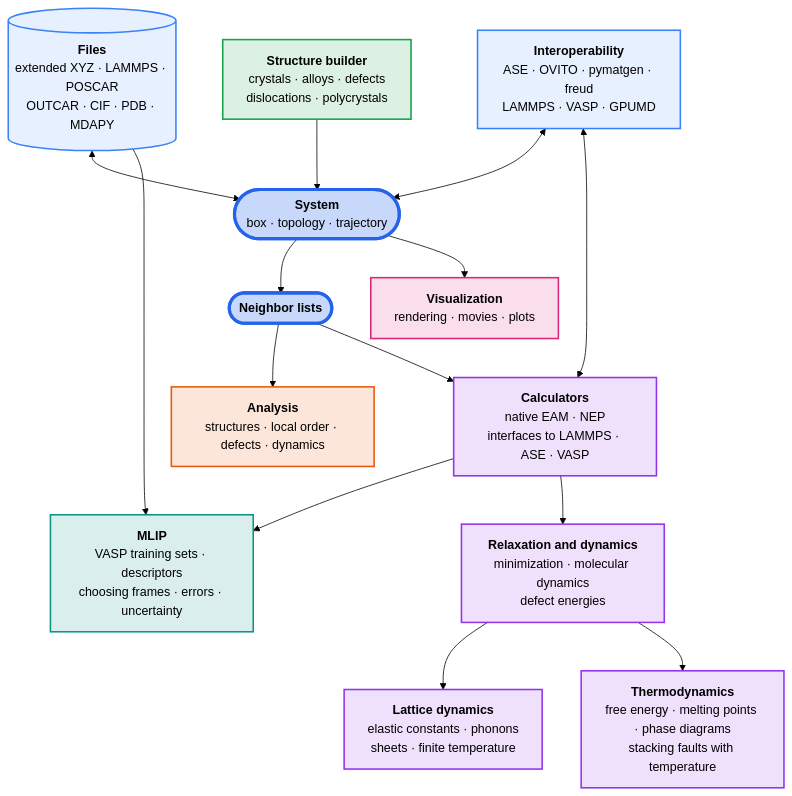
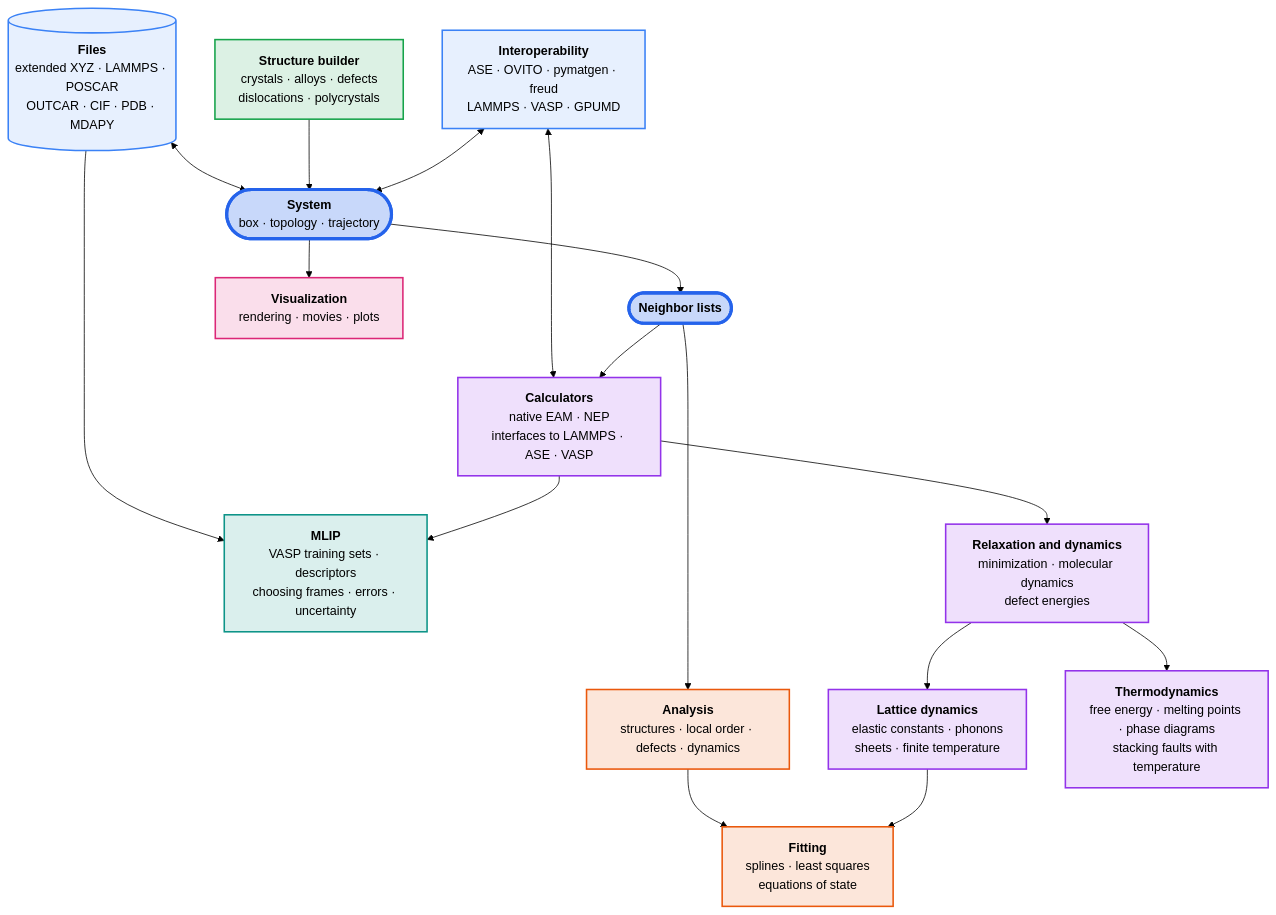
Before and after one commit to mushroomfire/mdapy: the diagram in docs/index.md, drawn with Mermaid (forest theme). The commit also changed 20 other files, not shown here.

Commit message:
mdapy.fitting: cubic splines along a line and on a grid, least-squares polynomials and surfaces, curves fitted by Levenberg-Marquardt with common models, and equations of state

````diff
--- a/docs/index.md
+++ b/docs/index.md
@@ -52,44 +52,47 @@
 ```mermaid
 flowchart TB
     files[("<b>Files</b><br/>extended XYZ · LAMMPS · POSCAR<br/>OUTCAR · CIF · PDB · MDAPY")]
     build["<b>Structure builder</b><br/>crystals · alloys · defects<br/>dislocations · polycrystals"]
     system(["<b>System</b><br/>box · topology · trajectory"])
     neighbors(["<b>Neighbor lists</b>"])
     visual["<b>Visualization</b><br/>rendering · movies · plots"]
     mlip["<b>MLIP</b><br/>VASP training sets · descriptors<br/>choosing frames · errors · uncertainty"]
     analysis["<b>Analysis</b><br/>structures · local order · defects · dynamics"]
     calculators["<b>Calculators</b><br/>native EAM · NEP<br/>interfaces to LAMMPS · ASE · VASP"]
     minimization["<b>Relaxation and dynamics</b><br/>minimization · molecular dynamics<br/>defect energies"]
     lattice["<b>Lattice dynamics</b><br/>elastic constants · phonons<br/>sheets · finite temperature"]
     thermodynamics["<b>Thermodynamics</b><br/>free energy · melting points · phase diagrams<br/>stacking faults with temperature"]
     packages["<b>Interoperability</b><br/>ASE · OVITO · pymatgen · freud<br/>LAMMPS · VASP · GPUMD"]
+    fitting["<b>Fitting</b><br/>splines · least squares<br/>equations of state"]
 
     files <--> system
     build --> system
     packages <--> system
     packages <--> calculators
     system --> neighbors
     system --> visual
     files --> mlip
     calculators --> mlip
     neighbors --> analysis
     neighbors --> calculators
     calculators --> minimization
     minimization --> lattice
     minimization --> thermodynamics
+    analysis --> fitting
+    lattice --> fitting
 
     classDef core fill:#2563eb40,stroke:#2563eb,stroke-width:4px
     classDef data fill:#3b82f61f,stroke:#3b82f6,stroke-width:2px
     classDef analysis fill:#ea580c26,stroke:#ea580c,stroke-width:2px
     classDef simulation fill:#9333ea26,stroke:#9333ea,stroke-width:2px
     classDef build fill:#16a34a26,stroke:#16a34a,stroke-width:2px
     classDef visual fill:#db277726,stroke:#db2777,stroke-width:2px
     classDef mlip fill:#0d948826,stroke:#0d9488,stroke-width:2px
     class system,neighbors core
     class files,packages data
-    class analysis analysis
+    class analysis,fitting analysis
     class calculators,minimization,lattice,thermodynamics simulation
     class build build
     class visual visual
     class mlip mlip
 ```
````
